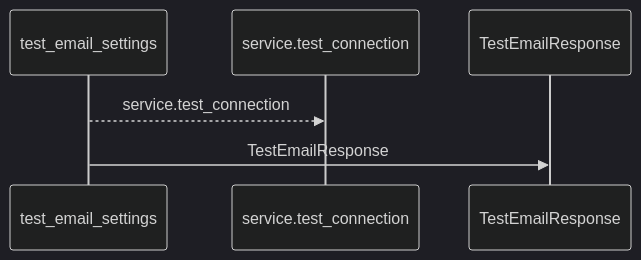
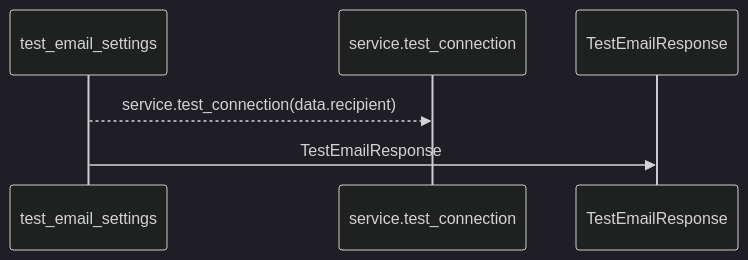
One commit to Denissvgn/WorkChord changed the first of 2 diagrams in docs/llm_wiki/flows/http-test_email_settings.md. Above: the diagram before and after it, drawn with Mermaid (dark theme). The commit also changed other lines of this file and 25171 other files, not shown here.

````diff
--- a/docs/llm_wiki/flows/http-test_email_settings.md
+++ b/docs/llm_wiki/flows/http-test_email_settings.md
@@ -10,8 +12,8 @@
 ```mermaid
 sequenceDiagram
     participant p0 as test_email_settings
     participant p1 as service.test_connection
     participant p2 as TestEmailResponse
-    p0-->>p1: service.test_connection
+    p0-->>p1: service.test_connection(data.recipient)
     p0->>p2: TestEmailResponse
 ```
````
